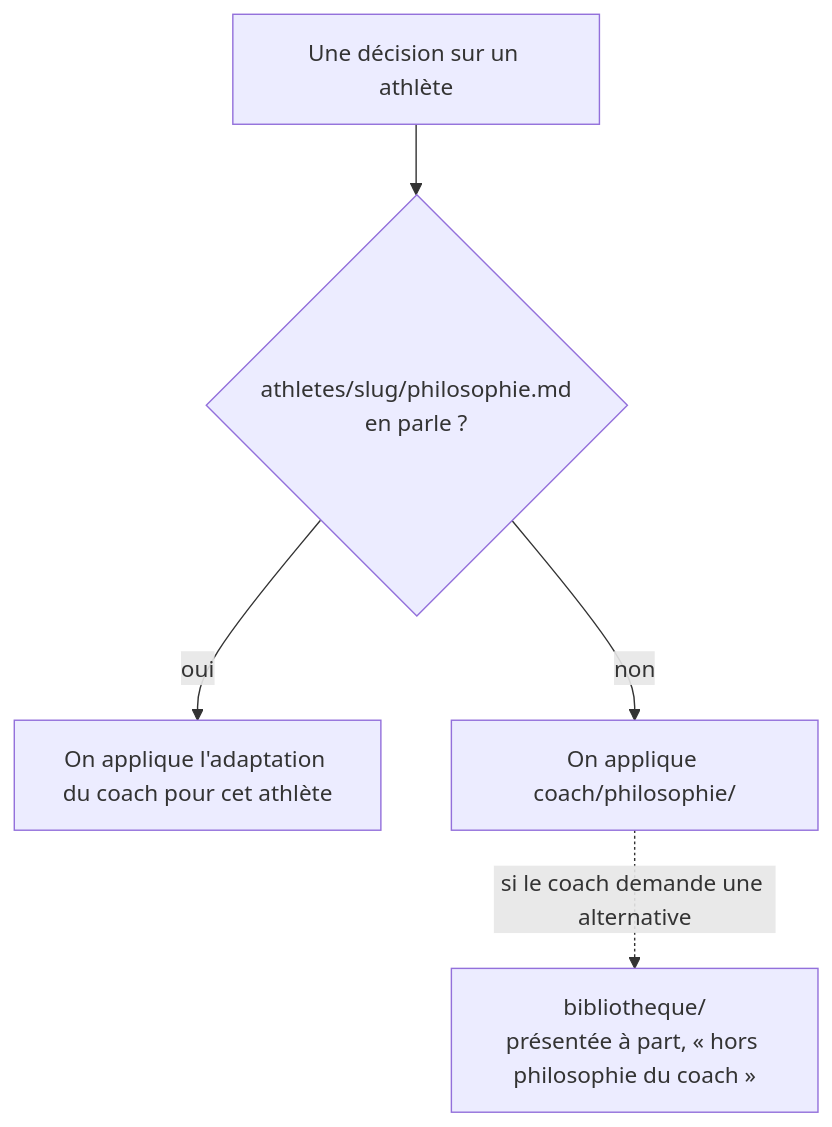
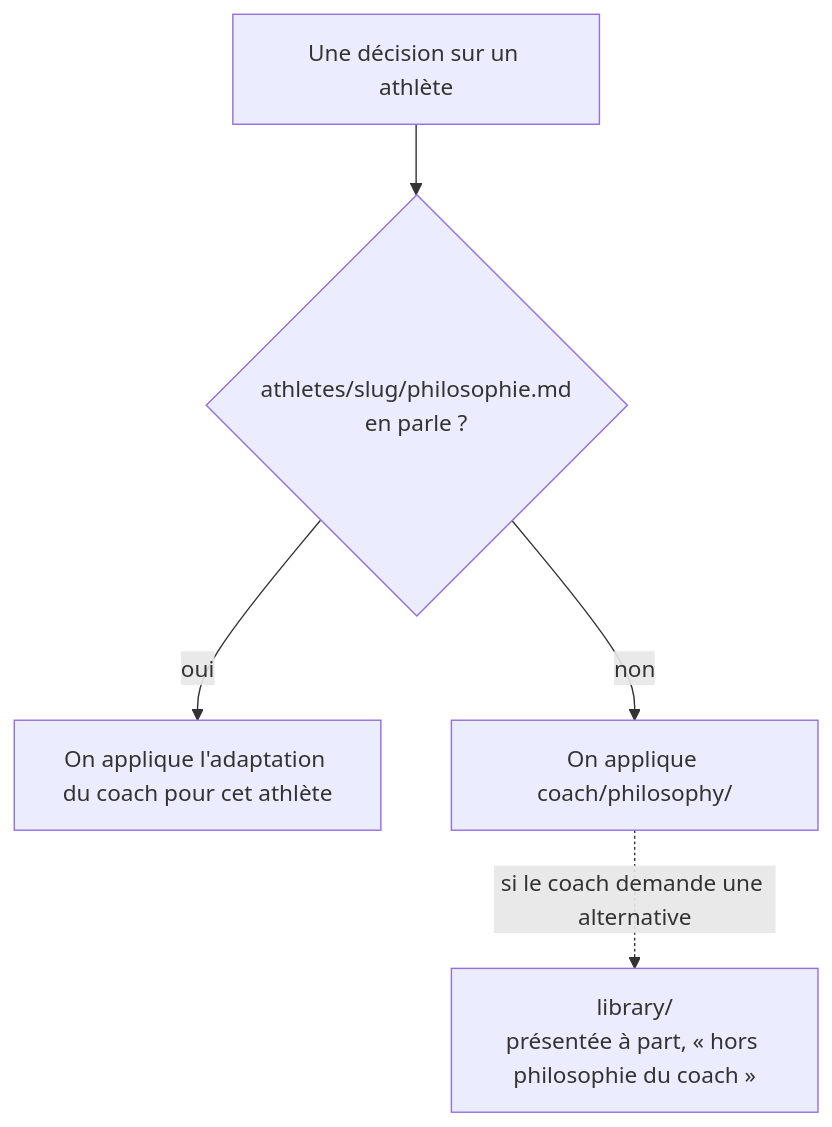
One commit to VitoPepe/running-coach-coaches-template changed the fifth of 8 diagrams in docs/architecture.md. Above: the diagram before and after it, drawn with Mermaid. The commit also changed other lines of this file and 101 other files, not shown here.

First line of the commit message:
Noms de dossiers en anglais (reports/, philosophy/, library/, races/, profile/, outputs/, sample-*)

````diff
--- a/docs/architecture.md
+++ b/docs/architecture.md
@@ -92,7 +92,7 @@
 ```mermaid
 flowchart TD
     Q["Une décision sur un athlète"] --> A1{"athletes/slug/philosophie.md<br/>en parle ?"}
     A1 -->|"oui"| U1["On applique l'adaptation du coach pour cet athlète"]
-    A1 -->|"non"| U2["On applique coach/philosophie/"]
-    U2 -.->|"si le coach demande une alternative"| B["bibliotheque/<br/>présentée à part, « hors philosophie du coach »"]
+    A1 -->|"non"| U2["On applique coach/philosophy/"]
+    U2 -.->|"si le coach demande une alternative"| B["library/<br/>présentée à part, « hors philosophie du coach »"]
 ```
````
